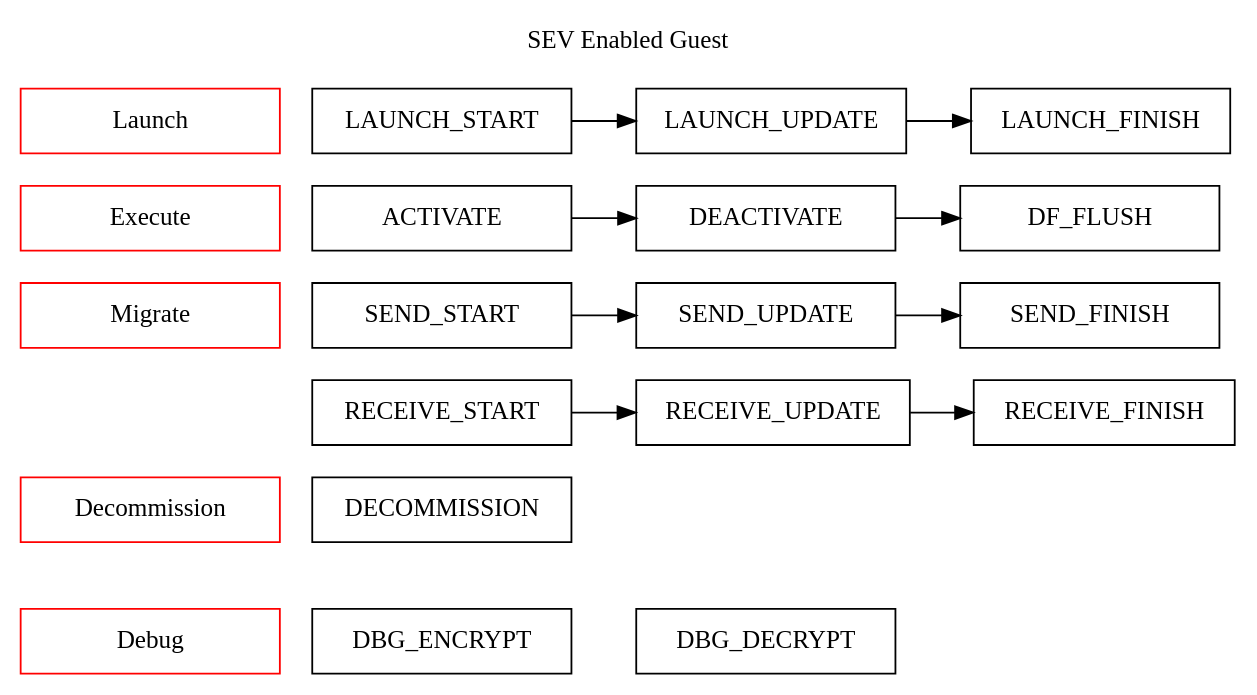
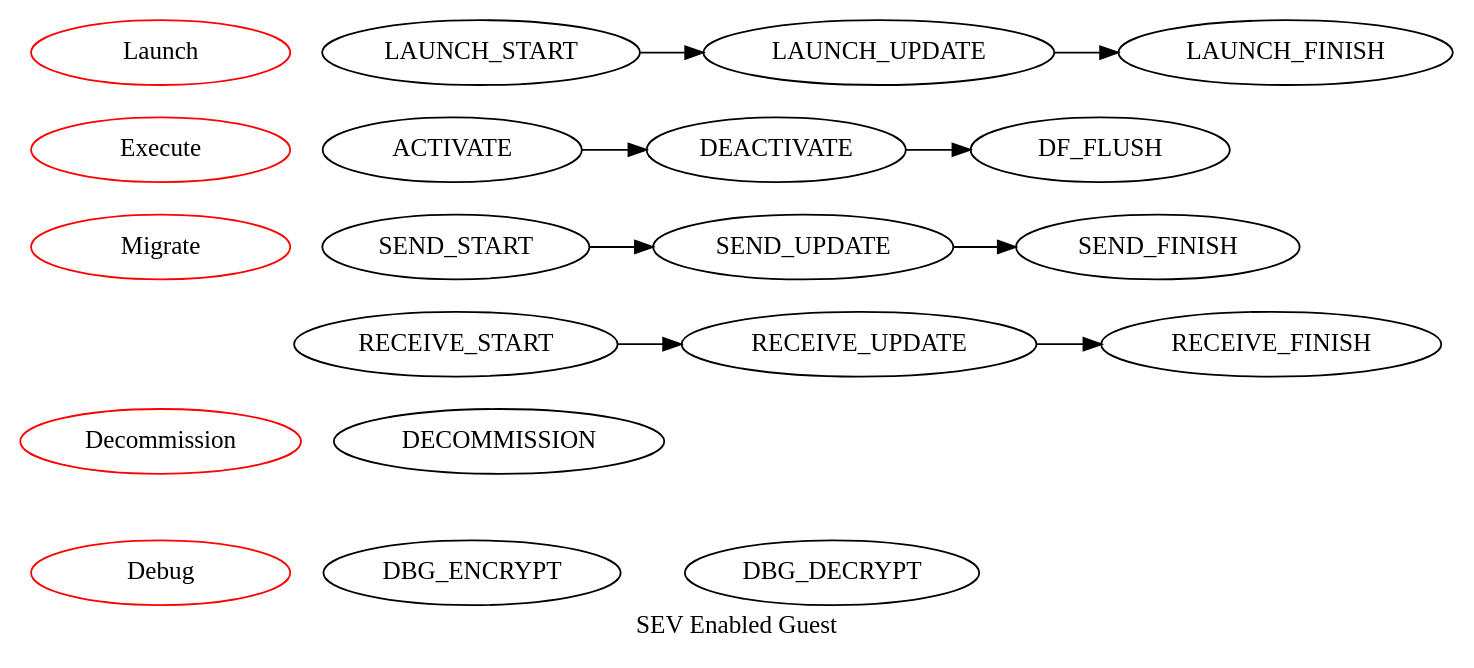
One commit to fengharry/draw changed the diagram in guest.gv. Above: the diagram before and after it, drawn with Graphviz. The commit also changed 17 other files, not shown here.

```diff
--- a/guest.gv
+++ b/guest.gv
@@ -1,66 +1,64 @@
-digraph sev{
-	node[shape = box; width = 2];
-	label = "SEV Enabled Guest\n "; labelloc = t;
-	ranksep = 0.25;
-	nodesep = 0.25;
+digraph hello{
+	graph[ranksep = 0.25; label = "SEV Enabled Guest\n"];
+	node[width = 2;];
 
 	{
 		rank = same;
 		launch[label = "Launch"; color = red];
 		launch_start[label = "LAUNCH_START"];
 		launch_update[label = "LAUNCH_UPDATE"];
 		launch_finish[label = "LAUNCH_FINISH"];
 		launch_start -> launch_update -> launch_finish[minlen = 2];
 	}
 	
 	launch -> execute[style = invis];
 	
 	{
 		rank = same;
 		execute[label = "Execute"; color = red];
 		activate[label = "ACTIVATE"];
 		deactivate[label = "DEACTIVATE"];
 		df_flash[label = "DF_FLUSH"];
 		activate -> deactivate -> df_flash[minlen = 2];
 	}
 	
 	execute -> migrate[style = invis];
 	
 	{
 		rank = same;
 		migrate[label = "Migrate"; color = red];
 		send_start[label = "SEND_START"];
 		send_update[label = "SEND_UPDATE"];
 		send_finish[label = "SEND_FINISH"];
 		send_start -> send_update -> send_finish[minlen = 2];
 	}
 	
 	send_start -> receive_start[style = invis];
 	
 	{
 		rank = same;
 		receive_start[label = "RECEIVE_START"];
 		receive_update[label = "RECEIVE_UPDATE"];
 		receive_finish[label = "RECEIVE_FINISH"];
 		receive_start -> receive_update -> receive_finish[minlen = 2];
 	}
 	
 	migrate -> stop[style = invis; minlen = 2;];
 	
 	{
 		rank = same;
 		stop[label = "Decommission"; color = red];
 		decommission[label = "DECOMMISSION"];
 	}
 	
 	stop -> debug[style = invis; minlen = 2;];
 	
 	{
 		rank = same;
 		debug[label = "Debug"; color = red];
 		dbg_encrypt[label = "DBG_ENCRYPT"];
 		dbg_decrypt[label = "DBG_DECRYPT"];
 		dbg_encrypt -> dbg_decrypt[style = invis; minlen = 2;];
 	}
 
 }
```
